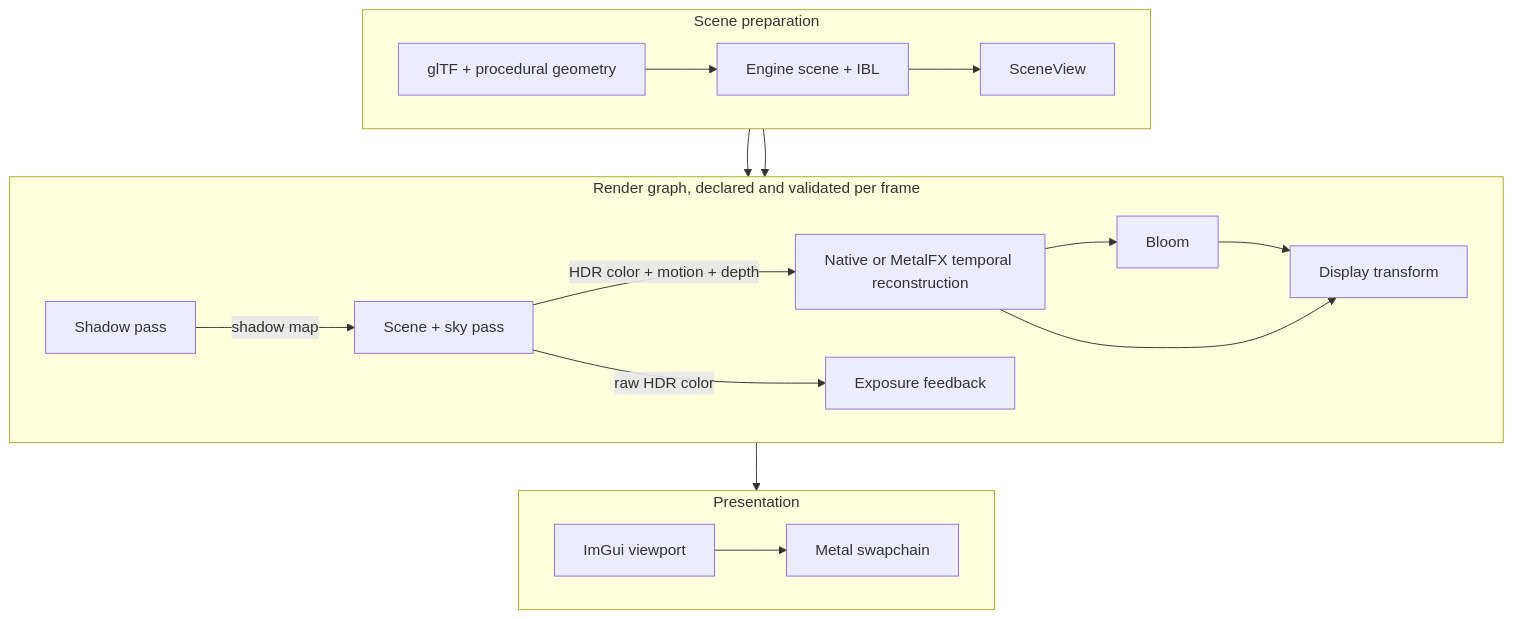
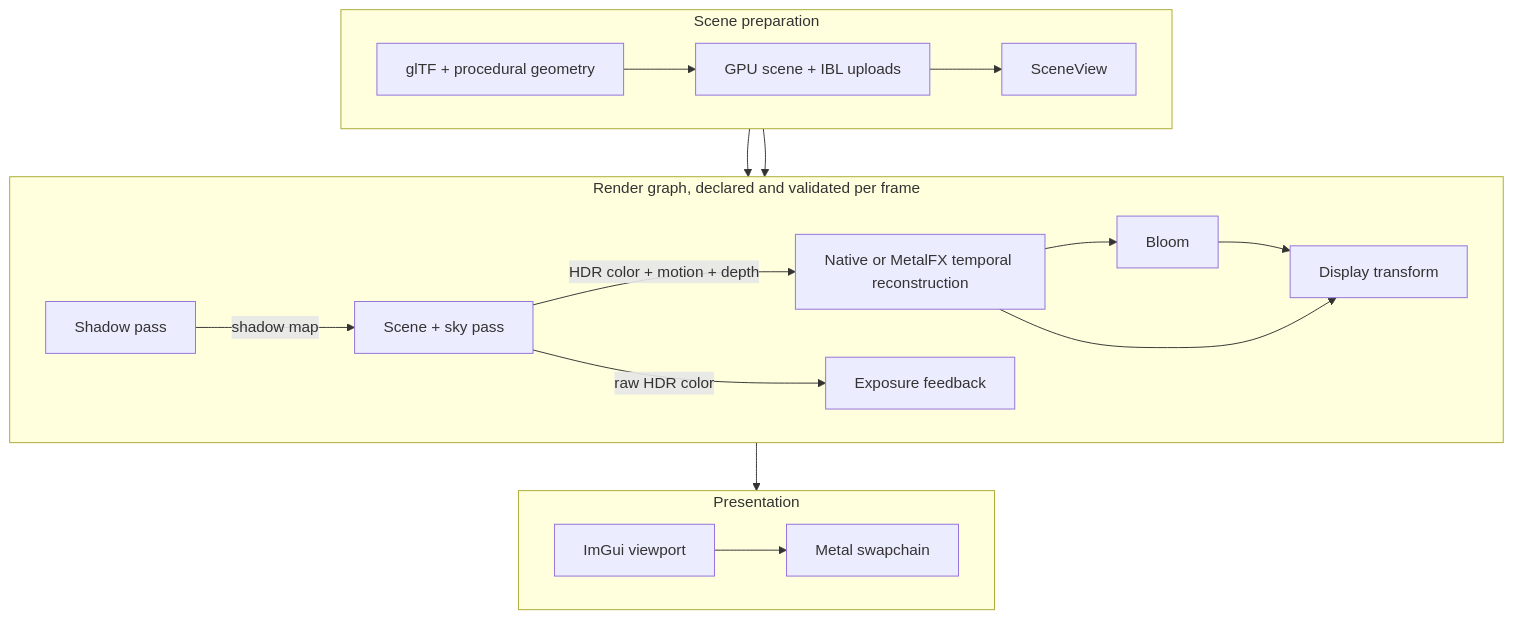
One commit to AmanThuL/Luminex changed the first of 2 diagrams in README.md. Above: the diagram before and after it, drawn with Mermaid. The commit also changed other lines of this file and 344 other files, not shown here.

````diff
--- a/README.md
+++ b/README.md
@@ -44,20 +44,20 @@
 ```mermaid
 flowchart TB
     subgraph Scene["Scene preparation"]
         direction LR
-        Assets["glTF + procedural geometry"] --> Engine["Engine scene + IBL"] --> View["SceneView"]
+        Assets["glTF + procedural geometry"] --> GPUScene["GPU scene + IBL uploads"] --> View["SceneView"]
     end
     subgraph Frame["Render graph, declared and validated per frame"]
         direction LR
         Shadow["Shadow pass"] -->|shadow map| Scene2["Scene + sky pass"] -->|HDR color + motion + depth| Temporal["Native or MetalFX temporal reconstruction"] --> Bloom["Bloom"] --> Display["Display transform"]
         Scene2 -->|raw HDR color| Exposure["Exposure feedback"]
         Temporal --> Display
     end
     subgraph Presentation
         direction LR
         UI["ImGui viewport"] --> Present["Metal swapchain"]
     end
     View --> Shadow
     View --> Scene2
     Display --> UI
 ```
````
